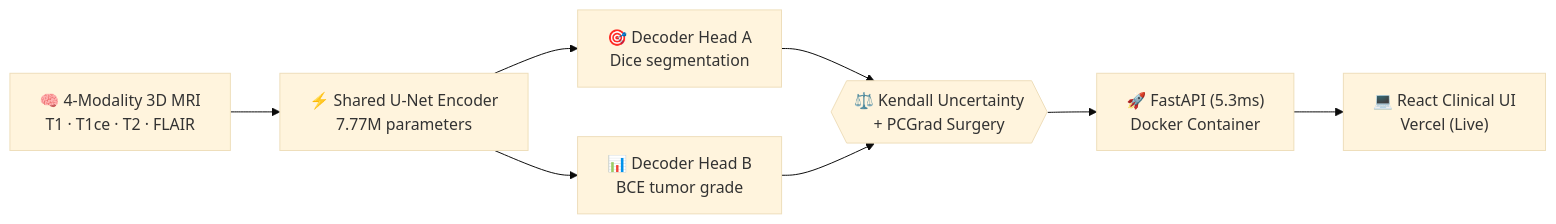
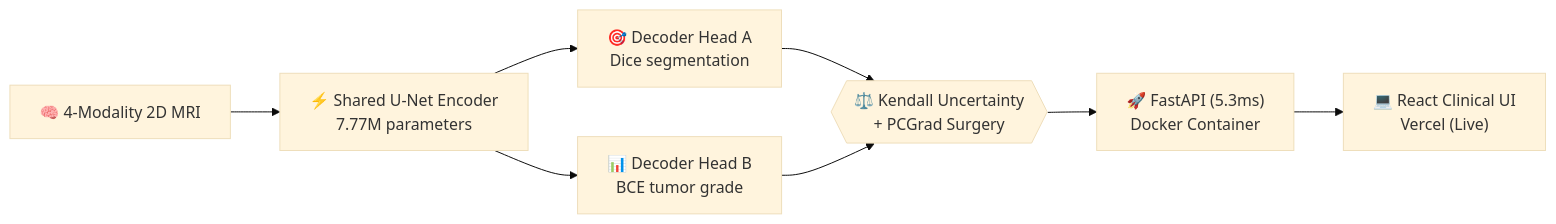
Before and after one commit to AimenAbdesslame/AimenAbdesslame: the diagram in README.md, drawn with Mermaid (base theme). The commit also changed other lines of this file, not shown here.

````diff
--- a/README.md
+++ b/README.md
@@ -44,9 +44,9 @@
 ```mermaid
 flowchart LR
-    M["🧠 4-Modality 3D MRI<br/>T1 · T1ce · T2 · FLAIR"] --> E
+    M["🧠 4-Modality 2D MRI<br/>"] --> E
     E["⚡ Shared U-Net Encoder<br/>7.77M parameters"] --> S["🎯 Decoder Head A<br/>Dice segmentation"]
     E --> C["📊 Decoder Head B<br/>BCE tumor grade"]
     S & C --> K{{"⚖️ Kendall Uncertainty<br/>+ PCGrad Surgery"}}
     K --> F["🚀 FastAPI (5.3ms)<br/>Docker Container"]
     F --> R["💻 React Clinical UI<br/>Vercel (Live)"]
 ```
````
